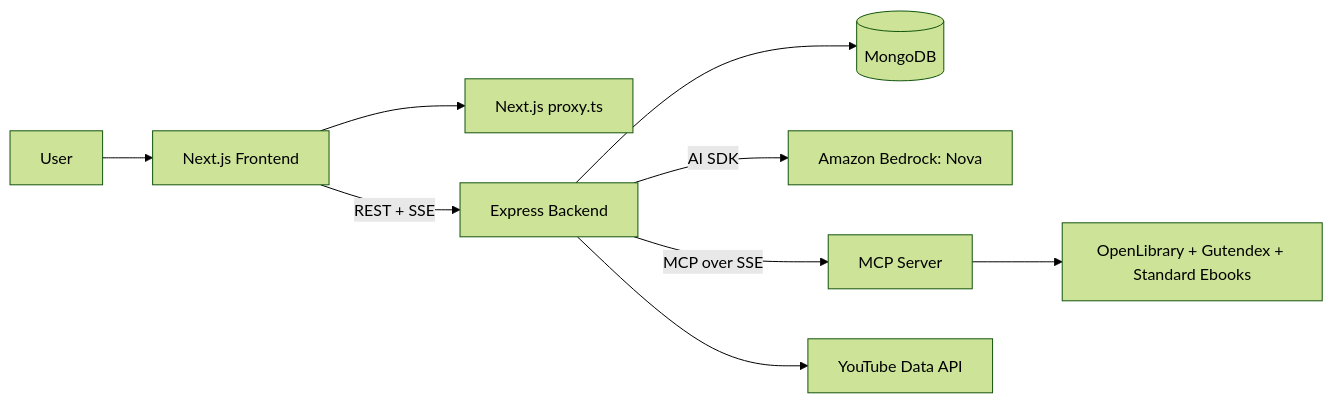
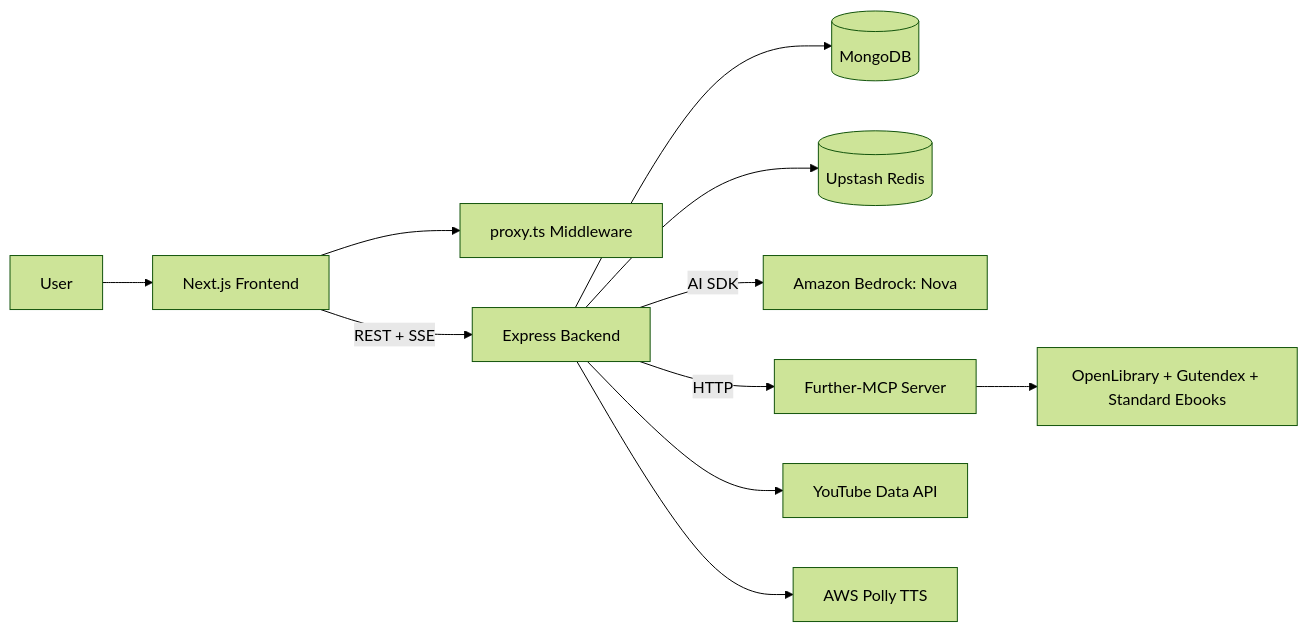
One commit to TECHIES-V1/TheTutor changed the first of 3 diagrams in README.md. Above: the diagram before and after it, drawn with Mermaid (forest theme). The commit also changed other lines of this file and 10 other files, not shown here.

````diff
--- a/README.md
+++ b/README.md
@@ -65,11 +70,13 @@
 ```mermaid
 flowchart LR
     U[User] --> FE[Next.js Frontend]
-    FE --> PX[Next.js proxy.ts]
+    FE --> PX[proxy.ts Middleware]
     FE -->|REST + SSE| BE[Express Backend]
     BE --> DB[(MongoDB)]
+    BE --> REDIS[(Upstash Redis)]
     BE -->|AI SDK| NOVA[Amazon Bedrock: Nova]
-    BE -->|MCP over SSE| MCP[MCP Server]
+    BE -->|HTTP| MCP[Further-MCP Server]
     MCP --> SRC[OpenLibrary + Gutendex + Standard Ebooks]
     BE --> YT[YouTube Data API]
+    BE --> POLLY[AWS Polly TTS]
 ```
````
